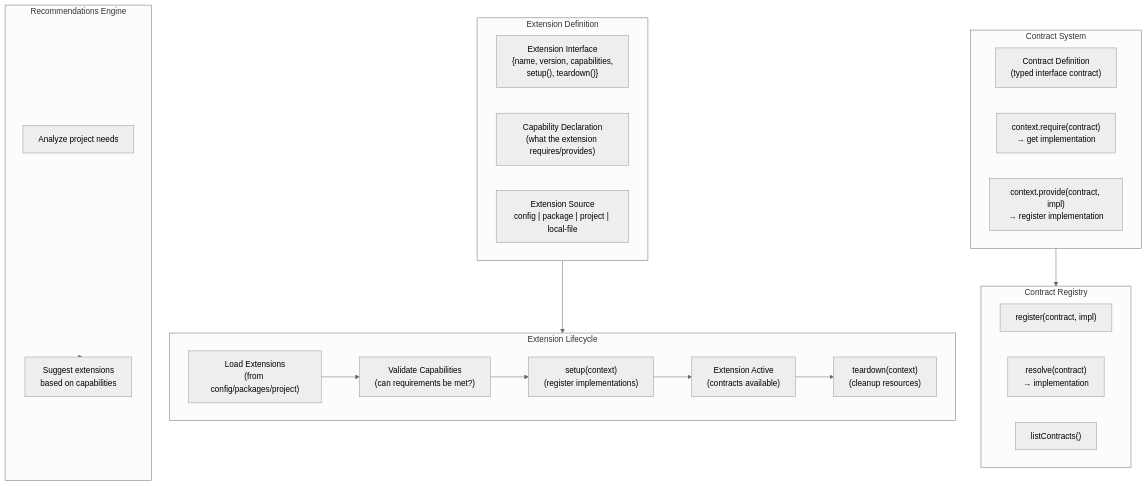
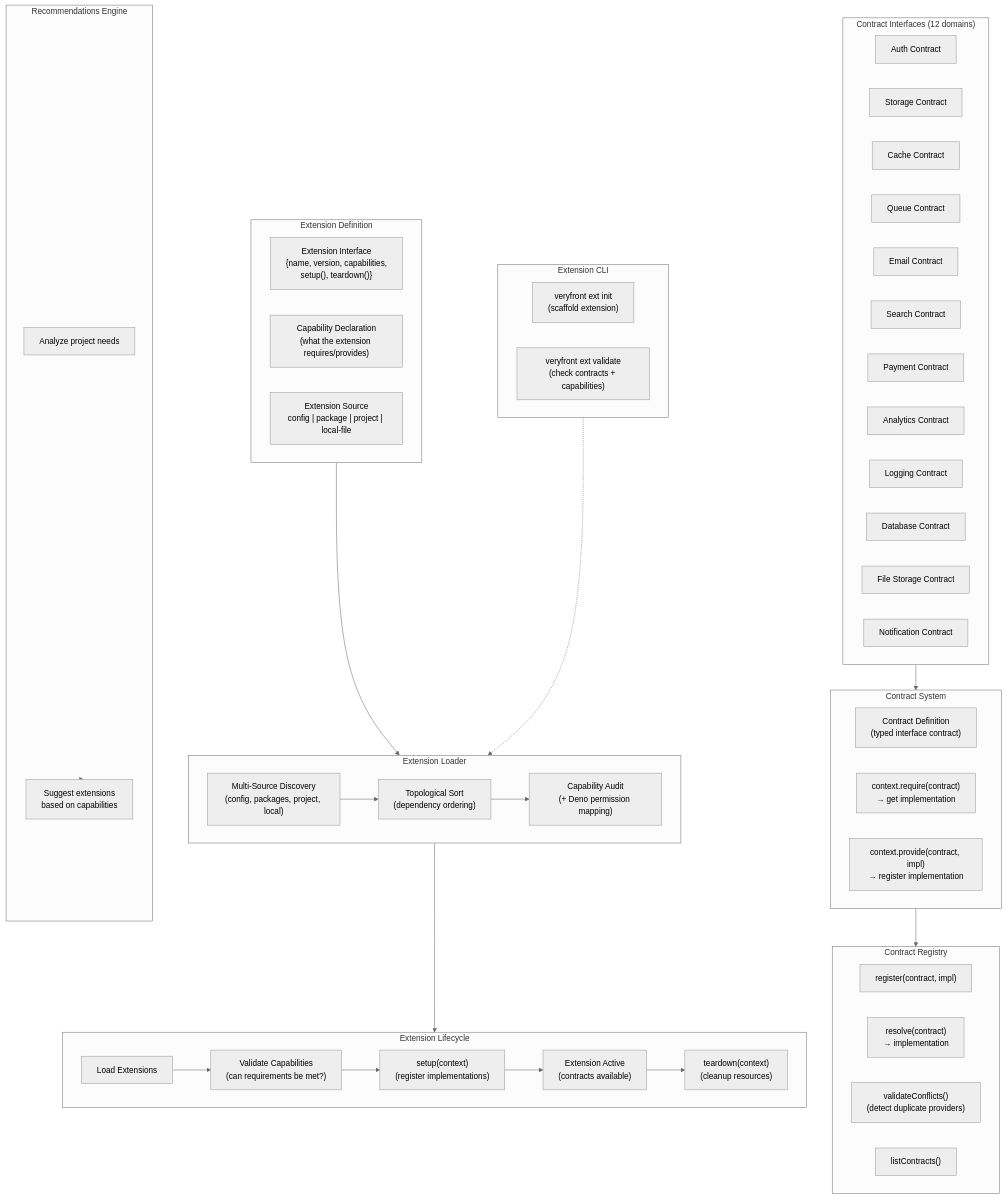
Before and after one commit to veryfront/veryfront-code: the second of 5 diagrams in docs/architecture/06-discovery-extensions.md, drawn with Mermaid (neutral theme). The commit also changed other lines of this file and 2 other files, not shown here.

Commit message:
docs: incorporate open PRs and issues into architecture diagrams
- Extension system: add 12 contract interfaces, topo-sort loader,
  multi-source discovery, capability audit, CLI commands (PRs #1028-#1038)
- Observability: add request context with user_id/conversation_id (PR #1085)
- Deployment: add planned CLI commands (env, rollback, logs) and
  API endpoints (build logs, pipeline status, deploy history)
- Agent runtime: note planned perf optimizations (issues #885, #887, #888)

````diff
--- a/docs/architecture/06-discovery-extensions.md
+++ b/docs/architecture/06-discovery-extensions.md
@@ -94,39 +94,70 @@
 ```mermaid
 graph TB
     subgraph ExtDef["Extension Definition"]
         ExtInterface["Extension Interface<br/>{name, version, capabilities,<br/>setup(), teardown()}"]
         Capability["Capability Declaration<br/>(what the extension requires/provides)"]
         Source["Extension Source<br/>config | package | project | local-file"]
+    end
+
+    subgraph Contracts["Contract Interfaces (12 domains)"]
+        AuthContract["Auth Contract"]
+        StorageContract["Storage Contract"]
+        CacheContract["Cache Contract"]
+        QueueContract["Queue Contract"]
+        EmailContract["Email Contract"]
+        SearchContract["Search Contract"]
+        PaymentContract["Payment Contract"]
+        AnalyticsContract["Analytics Contract"]
+        LoggingContract["Logging Contract"]
+        DatabaseContract["Database Contract"]
+        FileStorageContract["File Storage Contract"]
+        NotificationContract["Notification Contract"]
     end
 
     subgraph ContractSystem["Contract System"]
         ContractDef["Contract Definition<br/>(typed interface contract)"]
         Require["context.require(contract)<br/>→ get implementation"]
         Provide["context.provide(contract, impl)<br/>→ register implementation"]
     end
 
     subgraph Registry2["Contract Registry"]
         Register["register(contract, impl)"]
         Resolve["resolve(contract)<br/>→ implementation"]
+        Validate["validateConflicts()<br/>(detect duplicate providers)"]
         ListContracts["listContracts()"]
     end
 
+    subgraph Loader["Extension Loader"]
+        MultiSource["Multi-Source Discovery<br/>(config, packages, project, local)"]
+        TopoSort["Topological Sort<br/>(dependency ordering)"]
+        CapAudit["Capability Audit<br/>(+ Deno permission mapping)"]
+    end
+
     subgraph Lifecycle["Extension Lifecycle"]
-        Load["Load Extensions<br/>(from config/packages/project)"]
+        Load["Load Extensions"]
         ValidateCaps["Validate Capabilities<br/>(can requirements be met?)"]
         Setup["setup(context)<br/>(register implementations)"]
         Active["Extension Active<br/>(contracts available)"]
         Teardown["teardown(context)<br/>(cleanup resources)"]
+    end
+
+    subgraph ExtCLI["Extension CLI"]
+        InitCmd["veryfront ext init<br/>(scaffold extension)"]
+        ValidateCmd["veryfront ext validate<br/>(check contracts + capabilities)"]
     end
 
     subgraph Recommendations["Recommendations Engine"]
         Analyze["Analyze project needs"]
         Suggest["Suggest extensions<br/>based on capabilities"]
     end
 
-    ExtDef --> Lifecycle
+    ExtDef --> Loader
+    Contracts --> ContractSystem
     ContractSystem --> Registry2
+    Loader --> Lifecycle
+    MultiSource --> TopoSort --> CapAudit
     Load --> ValidateCaps --> Setup --> Active
     Active --> Teardown
     Recommendations -.-> Suggest
+    ExtCLI -.-> Loader
 ```
````
